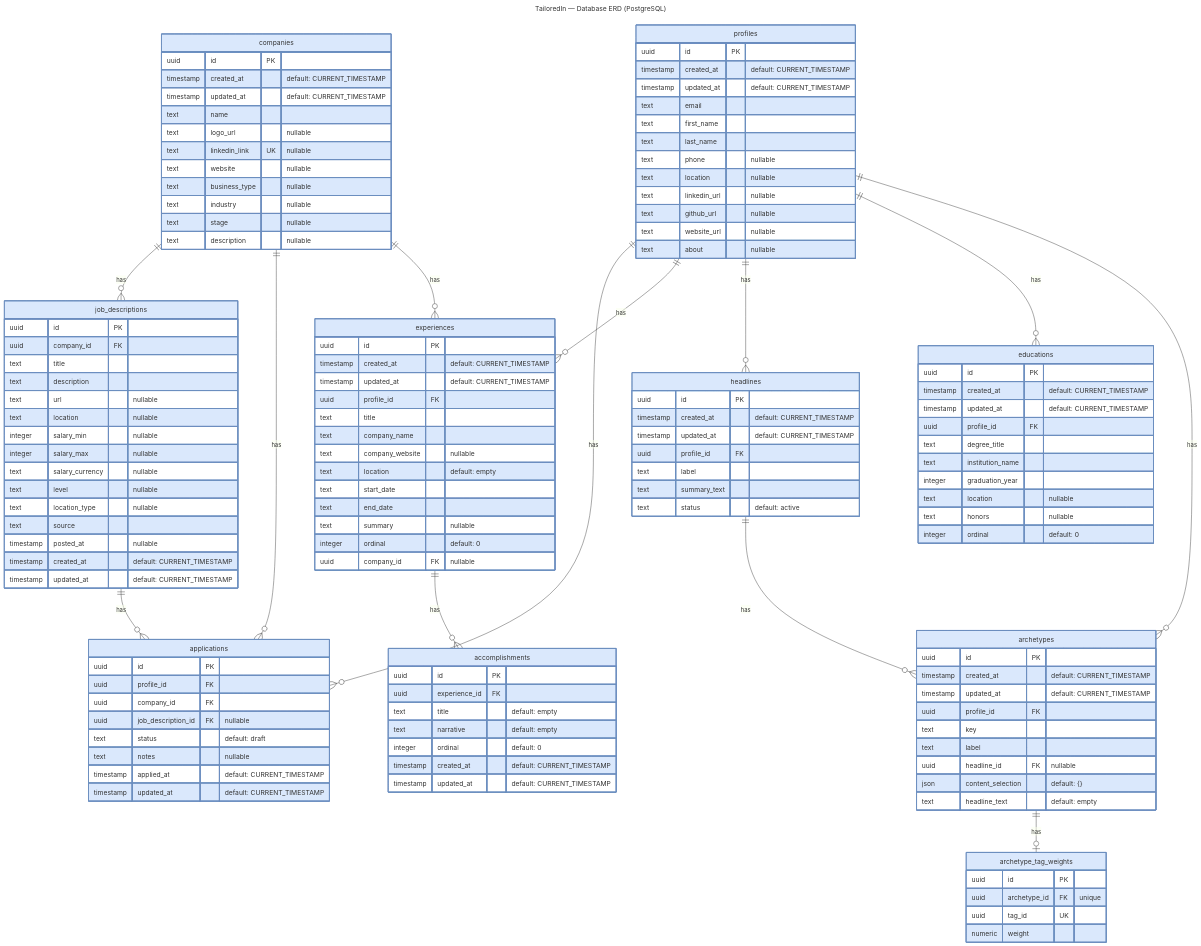
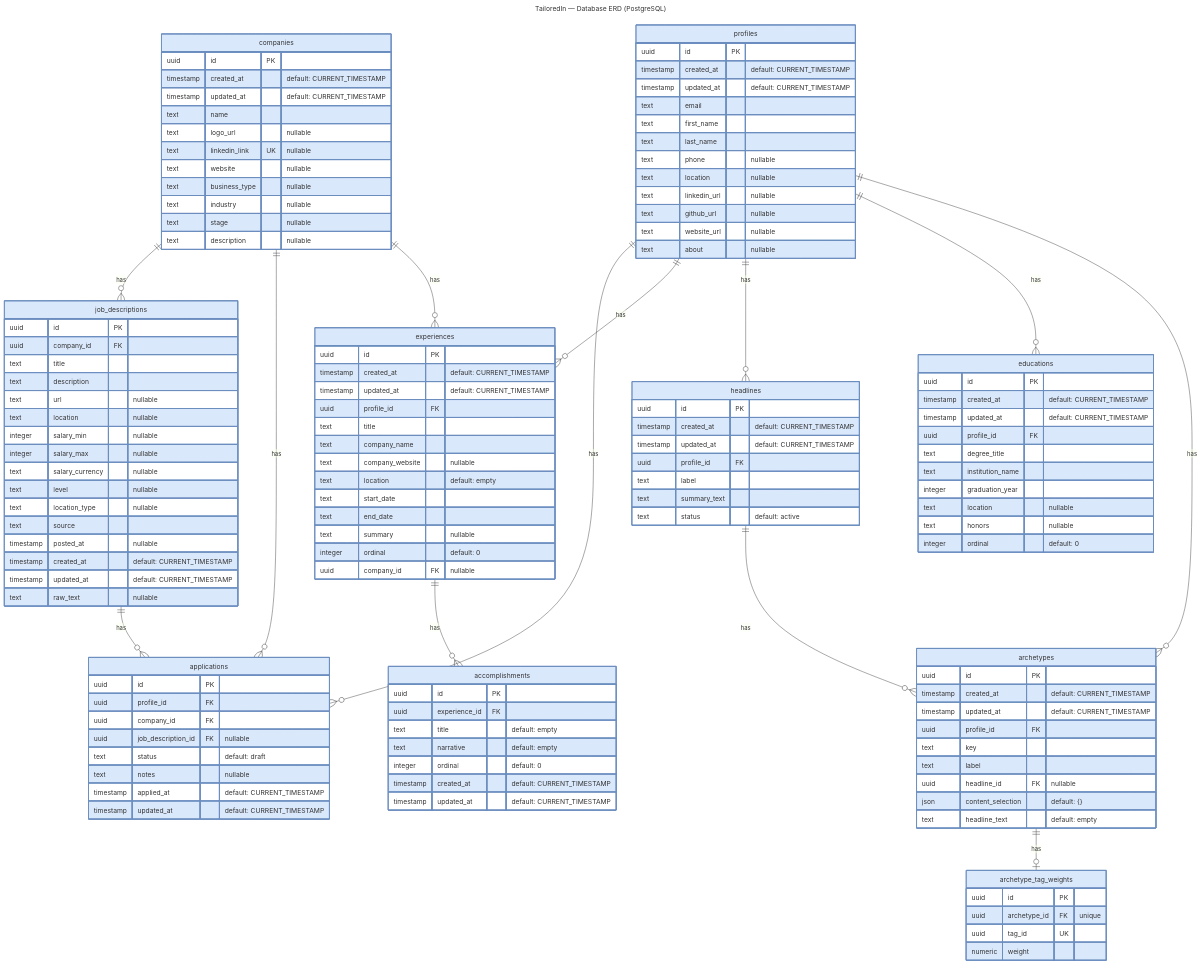
Before and after one commit to bluebird-labs/TailoredIn: the diagram in infrastructure/DATABASE.mmd, drawn with Mermaid. The commit also changed 2 other files, not shown here.

```diff
--- a/infrastructure/DATABASE.mmd
+++ b/infrastructure/DATABASE.mmd
@@ -1,168 +1,169 @@
 ---
 title: TailoredIn — Database ERD (PostgreSQL)
 ---
 
 erDiagram
 
     %% ──────────────────────────────────────────────
     %%  Tables
     %% ──────────────────────────────────────────────
 
     accomplishments {
         uuid id PK
         uuid experience_id FK
         text title "default: empty"
         text narrative "default: empty"
         integer ordinal "default: 0"
         timestamp created_at "default: CURRENT_TIMESTAMP"
         timestamp updated_at "default: CURRENT_TIMESTAMP"
     }
 
     applications {
         uuid id PK
         uuid profile_id FK
         uuid company_id FK
         uuid job_description_id FK "nullable"
         text status "default: draft"
         text notes "nullable"
         timestamp applied_at "default: CURRENT_TIMESTAMP"
         timestamp updated_at "default: CURRENT_TIMESTAMP"
     }
 
     archetype_tag_weights {
         uuid id PK
         uuid archetype_id FK "unique"
         uuid tag_id UK
         numeric weight
     }
 
     archetypes {
         uuid id PK
         timestamp created_at "default: CURRENT_TIMESTAMP"
         timestamp updated_at "default: CURRENT_TIMESTAMP"
         uuid profile_id FK
         text key
         text label
         uuid headline_id FK "nullable"
         json content_selection "default: {}"
         text headline_text "default: empty"
     }
 
     companies {
         uuid id PK
         timestamp created_at "default: CURRENT_TIMESTAMP"
         timestamp updated_at "default: CURRENT_TIMESTAMP"
         text name
         text logo_url "nullable"
         text linkedin_link UK "nullable"
         text website "nullable"
         text business_type "nullable"
         text industry "nullable"
         text stage "nullable"
         text description "nullable"
     }
 
     educations {
         uuid id PK
         timestamp created_at "default: CURRENT_TIMESTAMP"
         timestamp updated_at "default: CURRENT_TIMESTAMP"
         uuid profile_id FK
         text degree_title
         text institution_name
         integer graduation_year
         text location "nullable"
         text honors "nullable"
         integer ordinal "default: 0"
     }
 
     experiences {
         uuid id PK
         timestamp created_at "default: CURRENT_TIMESTAMP"
         timestamp updated_at "default: CURRENT_TIMESTAMP"
         uuid profile_id FK
         text title
         text company_name
         text company_website "nullable"
         text location "default: empty"
         text start_date
         text end_date
         text summary "nullable"
         integer ordinal "default: 0"
         uuid company_id FK "nullable"
     }
 
     headlines {
         uuid id PK
         timestamp created_at "default: CURRENT_TIMESTAMP"
         timestamp updated_at "default: CURRENT_TIMESTAMP"
         uuid profile_id FK
         text label
         text summary_text
         text status "default: active"
     }
 
     job_descriptions {
         uuid id PK
         uuid company_id FK
         text title
         text description
         text url "nullable"
         text location "nullable"
         integer salary_min "nullable"
         integer salary_max "nullable"
         text salary_currency "nullable"
         text level "nullable"
         text location_type "nullable"
         text source
         timestamp posted_at "nullable"
         timestamp created_at "default: CURRENT_TIMESTAMP"
         timestamp updated_at "default: CURRENT_TIMESTAMP"
+        text raw_text "nullable"
     }
 
     profiles {
         uuid id PK
         timestamp created_at "default: CURRENT_TIMESTAMP"
         timestamp updated_at "default: CURRENT_TIMESTAMP"
         text email
         text first_name
         text last_name
         text phone "nullable"
         text location "nullable"
         text linkedin_url "nullable"
         text github_url "nullable"
         text website_url "nullable"
         text about "nullable"
     }
 
     %% ──────────────────────────────────────────────
     %%  Relationships
     %% ──────────────────────────────────────────────
 
     companies ||--o{ job_descriptions : "has"
     profiles ||--o{ applications : "has"
     companies ||--o{ applications : "has"
     job_descriptions ||--o{ applications : "has"
     companies ||--o{ experiences : "has"
     profiles ||--o{ experiences : "has"
     profiles ||--o{ headlines : "has"
     profiles ||--o{ educations : "has"
     profiles ||--o{ archetypes : "has"
     headlines ||--o{ archetypes : "has"
     archetypes ||--o| archetype_tag_weights : "has"
     experiences ||--o{ accomplishments : "has"
 
     %% ──────────────────────────────────────────────
     %%  Styles
     %% ──────────────────────────────────────────────
 
     classDef group0 fill:#dae8fc,stroke:#6c8ebf,stroke-width:2px
     class accomplishments group0
     class applications group0
     class archetype_tag_weights group0
     class archetypes group0
     class companies group0
     class educations group0
     class experiences group0
     class headlines group0
     class job_descriptions group0
     class profiles group0
```
